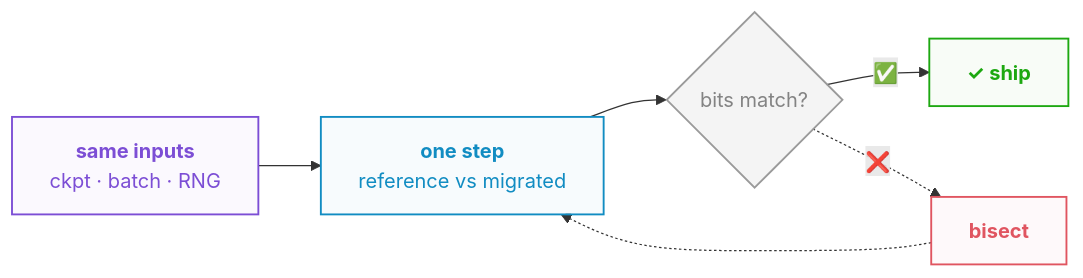
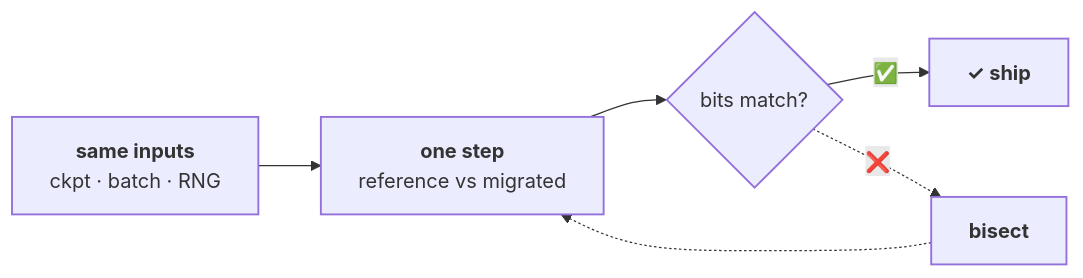
One commit to saforem2/samf.sh changed the second of 3 diagrams in web/src/pages/talks/2026/11/20/index.mdx. Above: the diagram before and after it, drawn with Mermaid. The commit also changed other lines of this file and 2 other files, not shown here.

First line of the commit message:
slides: three-step loss-chart reveal, theme fonts, themed mermaid diagrams

````diff
--- a/web/src/pages/talks/2026/11/20/index.mdx
+++ b/web/src/pages/talks/2026/11/20/index.mdx
@@ -212,18 +212,18 @@
 ```mermaid
 flowchart LR
     A["<span style='font-weight:700'>same inputs</span><br/>ckpt · batch · RNG"] --> B["<span style='font-weight:700'>one step</span><br/>reference vs migrated"] --> D{"bits match?"}
     D -->|✅| C["<span style='font-weight:700'>✓ ship</span>"]
     D -.->|❌| F["<span style='font-weight:700'>bisect</span>"]
     F -.-> B
 
-    classDef source fill:#7c4ed508,stroke:#7c4ed5,color:#7c4ed5,stroke-width:1.5px
-    classDef stage  fill:#118cc208,stroke:#118cc2,color:#118cc2,stroke-width:1.5px
-    classDef ship   fill:#1da81108,stroke:#1da811,color:#1da811,stroke-width:1.5px
-    classDef gate   fill:#8a8a8a18,stroke:#9a9a9a,color:#838383,stroke-width:1.5px
-    classDef bad    fill:#e0556008,stroke:#e05560,color:#e05560,stroke-width:1.5px
+    classDef source stroke-width:1.5px
+    classDef stage  stroke-width:1.5px
+    classDef ship   stroke-width:1.5px
+    classDef gate   stroke-width:1.5px
+    classDef bad    stroke-width:1.5px
     class A source
     class B stage
     class D gate
     class C ship
     class F bad
 ```
````
